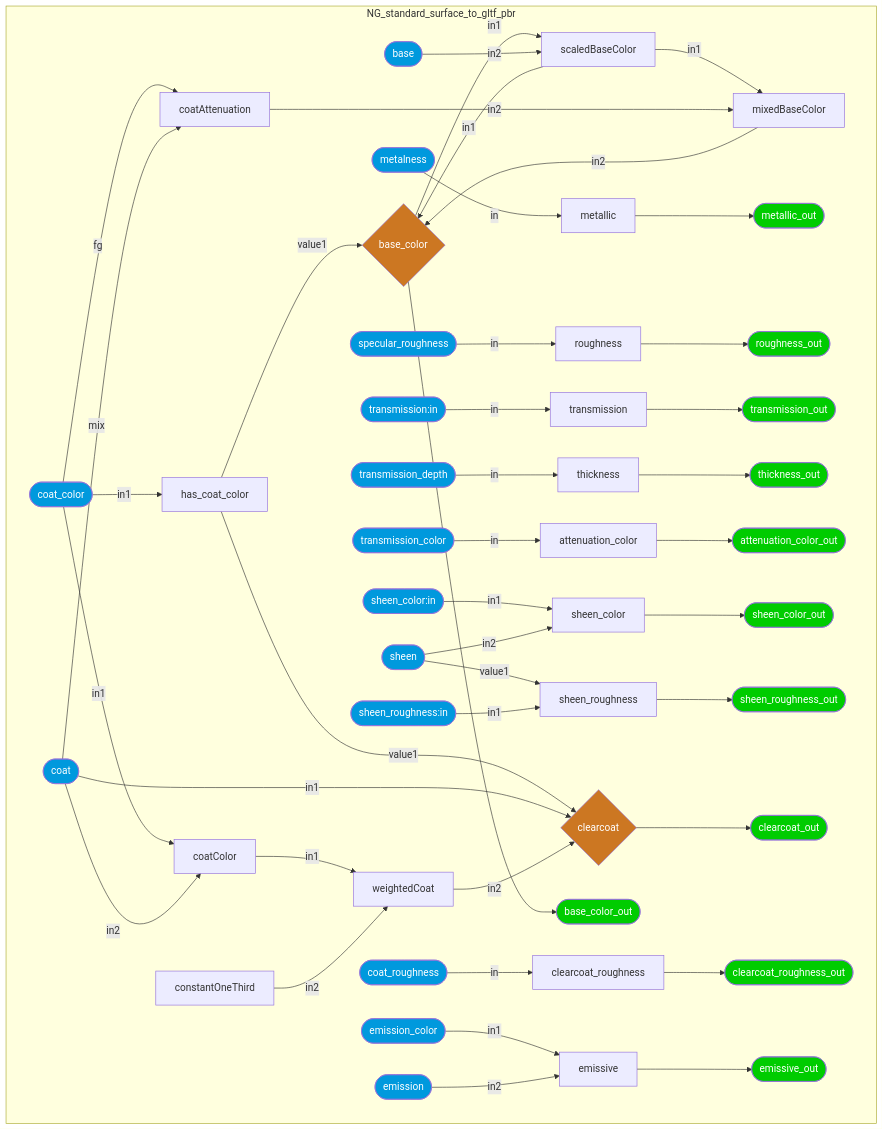
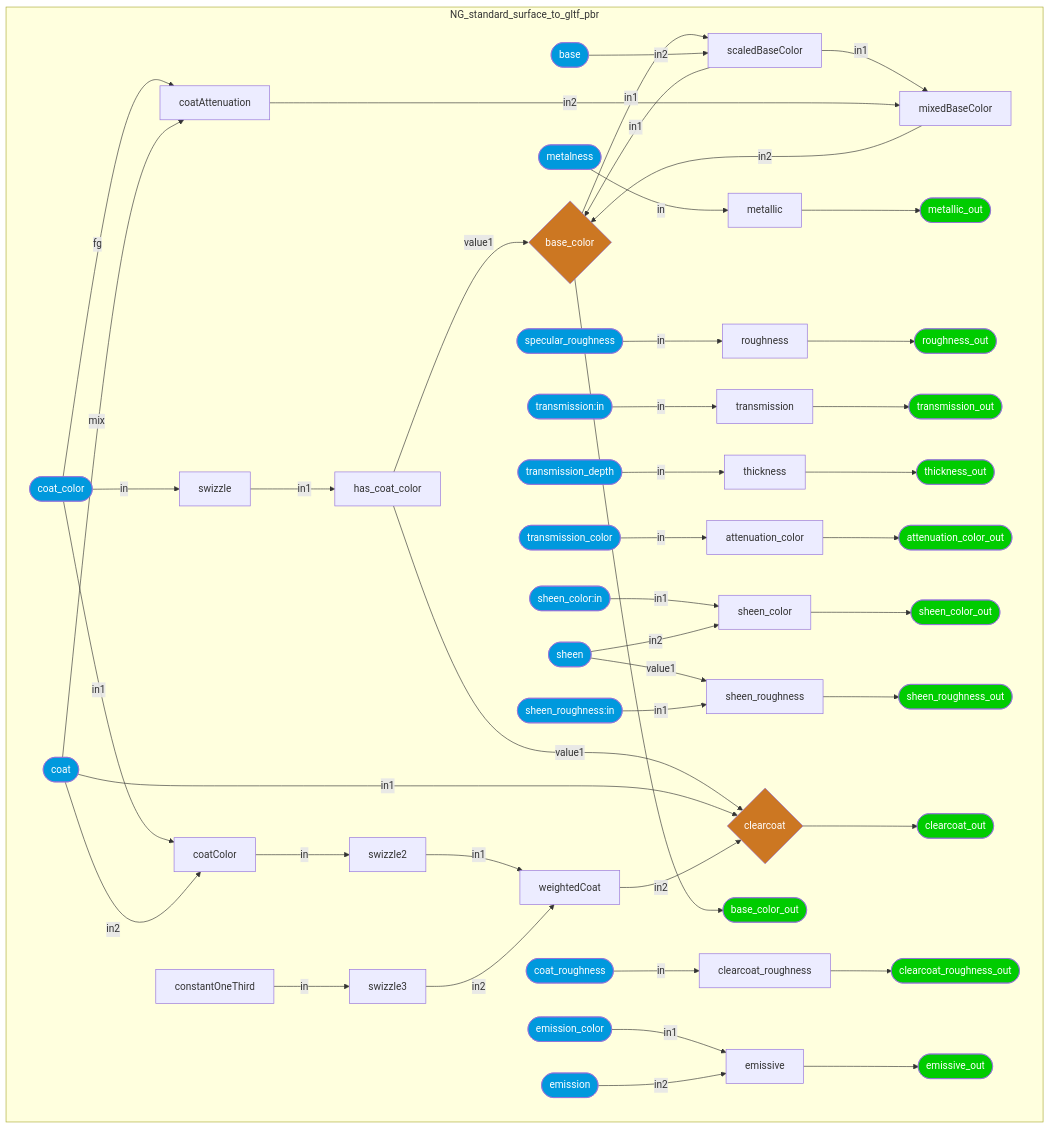
Before and after one commit to kwokcb/MaterialX_Learn: diagram 35 of 36 in documents/definitions/bxdf_doc.md, drawn with Mermaid. The commit also changed other lines of this file and 1422 other files, not shown here.

````diff
--- a/documents/definitions/bxdf_doc.md
+++ b/documents/definitions/bxdf_doc.md
@@ -3271,12 +3295,15 @@
 ```mermaid
 graph TB
     subgraph NG_standard_surface_to_gltf_pbr
+    NG_standard_surface_to_gltf_pbr_swizzle[swizzle]
     NG_standard_surface_to_gltf_pbr_has_coat_color[has_coat_color]
     NG_standard_surface_to_gltf_pbr_scaledBaseColor[scaledBaseColor]
     NG_standard_surface_to_gltf_pbr_coatAttenuation[coatAttenuation]
     NG_standard_surface_to_gltf_pbr_mixedBaseColor[mixedBaseColor]
     NG_standard_surface_to_gltf_pbr_constantOneThird[constantOneThird]
     NG_standard_surface_to_gltf_pbr_coatColor[coatColor]
+    NG_standard_surface_to_gltf_pbr_swizzle2[swizzle2]
+    NG_standard_surface_to_gltf_pbr_swizzle3[swizzle3]
     NG_standard_surface_to_gltf_pbr_weightedCoat[weightedCoat]
     style NG_standard_surface_to_gltf_pbr_base_color  fill:#C72, color:#FFF
     NG_standard_surface_to_gltf_pbr_base_color{base_color}
@@ -3342,7 +3369,8 @@
     style NG_standard_surface_to_gltf_pbr_emission  fill:#09D, color:#FFF
     NG_standard_surface_to_gltf_pbr_emission([emission])
     end
-    NG_standard_surface_to_gltf_pbr_coat_color --"in1"--> NG_standard_surface_to_gltf_pbr_has_coat_color
+    NG_standard_surface_to_gltf_pbr_coat_color --"in"--> NG_standard_surface_to_gltf_pbr_swizzle
+    NG_standard_surface_to_gltf_pbr_swizzle --"in1"--> NG_standard_surface_to_gltf_pbr_has_coat_color
     NG_standard_surface_to_gltf_pbr_base_color --"in1"--> NG_standard_surface_to_gltf_pbr_scaledBaseColor
     NG_standard_surface_to_gltf_pbr_base --"in2"--> NG_standard_surface_to_gltf_pbr_scaledBaseColor
     NG_standard_surface_to_gltf_pbr_coat_color --"fg"--> NG_standard_surface_to_gltf_pbr_coatAttenuation
@@ -3351,8 +3379,10 @@
     NG_standard_surface_to_gltf_pbr_coatAttenuation --"in2"--> NG_standard_surface_to_gltf_pbr_mixedBaseColor
     NG_standard_surface_to_gltf_pbr_coat_color --"in1"--> NG_standard_surface_to_gltf_pbr_coatColor
     NG_standard_surface_to_gltf_pbr_coat --"in2"--> NG_standard_surface_to_gltf_pbr_coatColor
-    NG_standard_surface_to_gltf_pbr_coatColor --"in1"--> NG_standard_surface_to_gltf_pbr_weightedCoat
-    NG_standard_surface_to_gltf_pbr_constantOneThird --"in2"--> NG_standard_surface_to_gltf_pbr_weightedCoat
+    NG_standard_surface_to_gltf_pbr_coatColor --"in"--> NG_standard_surface_to_gltf_pbr_swizzle2
+    NG_standard_surface_to_gltf_pbr_constantOneThird --"in"--> NG_standard_surface_to_gltf_pbr_swizzle3
+    NG_standard_surface_to_gltf_pbr_swizzle2 --"in1"--> NG_standard_surface_to_gltf_pbr_weightedCoat
+    NG_standard_surface_to_gltf_pbr_swizzle3 --"in2"--> NG_standard_surface_to_gltf_pbr_weightedCoat
     NG_standard_surface_to_gltf_pbr_has_coat_color --"value1"--> NG_standard_surface_to_gltf_pbr_base_color
     NG_standard_surface_to_gltf_pbr_scaledBaseColor --"in1"--> NG_standard_surface_to_gltf_pbr_base_color
     NG_standard_surface_to_gltf_pbr_mixedBaseColor --"in2"--> NG_standard_surface_to_gltf_pbr_base_color
````
